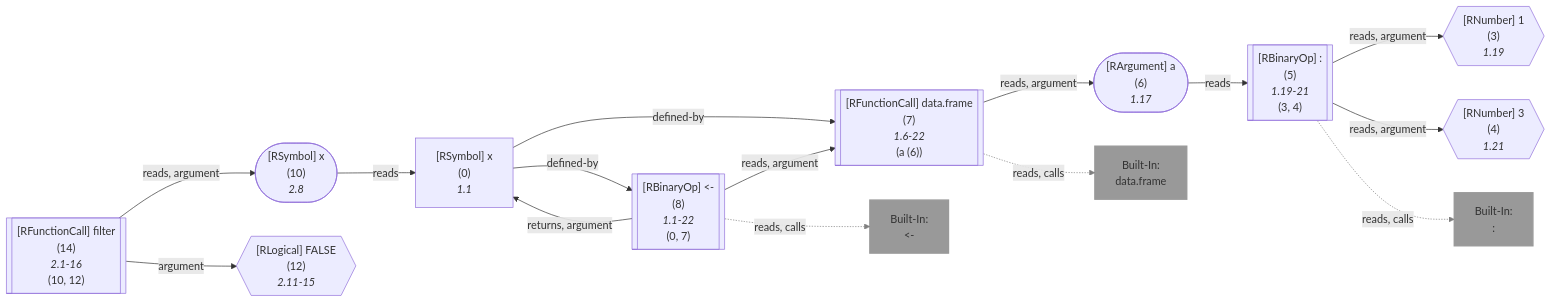
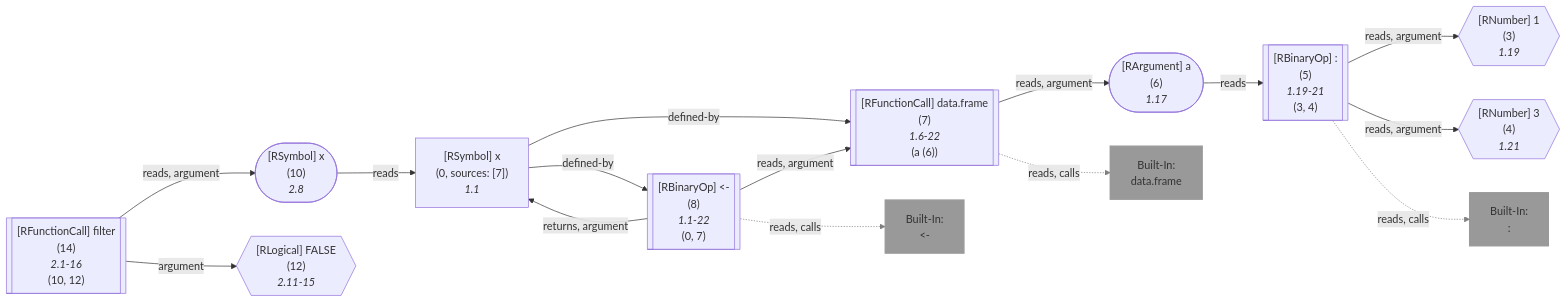
One commit to flowr-analysis/flowr changed the eighth of 21 diagrams in wiki/Query API.md. Above: the diagram before and after it, drawn with Mermaid. The commit also changed other lines of this file and 90 other files, not shown here.

````diff
--- a/wiki/Query API.md
+++ b/wiki/Query API.md
@@ -3385,70 +3408,70 @@
 ```mermaid
 flowchart LR
     3{{"`#91;RNumber#93; 1
       (3)
       *1.19*`"}}
    %% No edges found for 3
     4{{"`#91;RNumber#93; 3
       (4)
       *1.21*`"}}
    %% No edges found for 4
     5[["`#91;RBinaryOp#93; #58;
       (5)
       *1.19-21*
     (3, 4)`"]]
     built-in::["`Built-In:
 #58;`"]
     style built-in:: stroke:gray,fill:gray,stroke-width:2px,opacity:.8;
     6(["`#91;RArgument#93; a
       (6)
       *1.17*`"])
     7[["`#91;RFunctionCall#93; data.frame
       (7)
       *1.6-22*
     (a (6))`"]]
     built-in:data_frame["`Built-In:
 data.frame`"]
     style built-in:data_frame stroke:gray,fill:gray,stroke-width:2px,opacity:.8;
     0["`#91;RSymbol#93; x
-      (0)
+      (0, sources: [7])
       *1.1*`"]
     8[["`#91;RBinaryOp#93; #60;#45;
       (8)
       *1.1-22*
     (0, 7)`"]]
     built-in:_-["`Built-In:
 #60;#45;`"]
     style built-in:_- stroke:gray,fill:gray,stroke-width:2px,opacity:.8;
     10(["`#91;RSymbol#93; x
       (10)
       *2.8*`"])
     12{{"`#91;RLogical#93; FALSE
       (12)
       *2.11-15*`"}}
    %% No edges found for 12
     %% Environment of 14 [level: 0]:
     %% Built-in
-    %% 653----------------------------------------
+    %% 1180----------------------------------------
     %%   x: {**x** (id: 0, type: Unknown, def. @8)}
     14[["`#91;RFunctionCall#93; filter
       (14)
       *2.1-16*
     (10, 12)`"]]
     5 -->|"reads, argument"| 3
     5 -->|"reads, argument"| 4
     5 -.->|"reads, calls"| built-in::
     linkStyle 2 stroke:gray;
     6 -->|"reads"| 5
     7 -->|"reads, argument"| 6
     7 -.->|"reads, calls"| built-in:data_frame
     linkStyle 5 stroke:gray;
     0 -->|"defined-by"| 7
     0 -->|"defined-by"| 8
     8 -->|"reads, argument"| 7
     8 -->|"returns, argument"| 0
     8 -.->|"reads, calls"| built-in:_-
     linkStyle 10 stroke:gray;
     10 -->|"reads"| 0
     14 -->|"reads, argument"| 10
     14 -->|"argument"| 12
 ```
````
